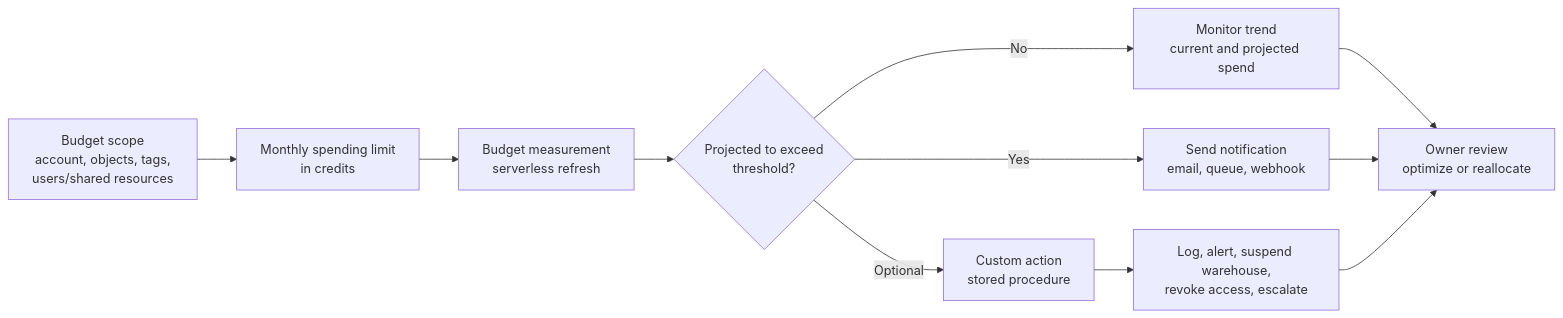
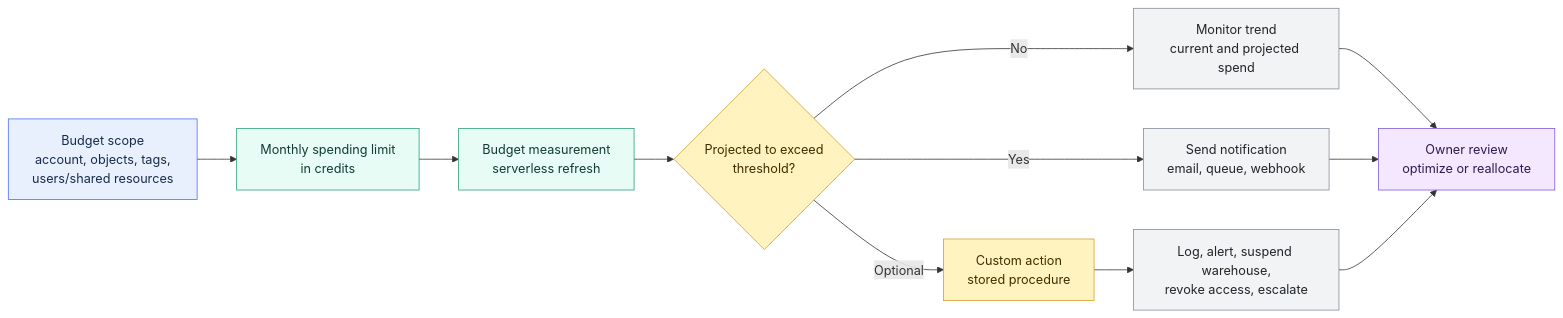
Before and after one commit to shonningsoy/Upskill: the diagram in 01 Snowflake/06 Cost Management and Operations/47 Budgets.md, drawn with Mermaid. The commit also changed other lines of this file and 4 other files, not shown here.

````diff
--- a/01 Snowflake/06 Cost Management and Operations/47 Budgets.md
+++ b/01 Snowflake/06 Cost Management and Operations/47 Budgets.md
@@ -83,13 +86,24 @@
 ```mermaid
 flowchart LR
     SCOPE["Budget scope<br/>account, objects, tags,<br/>users/shared resources"] --> LIMIT["Monthly spending limit<br/>in credits"]
     LIMIT --> MEASURE["Budget measurement<br/>serverless refresh"]
     MEASURE --> FORECAST{"Projected to exceed<br/>threshold?"}
     FORECAST -->|"No"| DASH["Monitor trend<br/>current and projected spend"]
     FORECAST -->|"Yes"| NOTIFY["Send notification<br/>email, queue, webhook"]
     FORECAST -->|"Optional"| ACTION["Custom action<br/>stored procedure"]
     ACTION --> CONTROL["Log, alert, suspend warehouse,<br/>revoke access, escalate"]
     DASH --> REVIEW["Owner review<br/>optimize or reallocate"]
     NOTIFY --> REVIEW
     CONTROL --> REVIEW
+
+    classDef input fill:#E8F0FE,stroke:#4C6EF5,color:#172B4D
+    classDef control fill:#FFF3BF,stroke:#D69E2E,color:#3D2E00
+    classDef snowflake fill:#E6FCF5,stroke:#2F9E7B,color:#123C34
+    classDef platform fill:#F1F3F5,stroke:#868E96,color:#212529
+    classDef output fill:#F3E8FF,stroke:#805AD5,color:#2D1B4E
+    class SCOPE input
+    class FORECAST,ACTION control
+    class LIMIT,MEASURE snowflake
+    class DASH,NOTIFY,CONTROL platform
+    class REVIEW output
 ```
````
